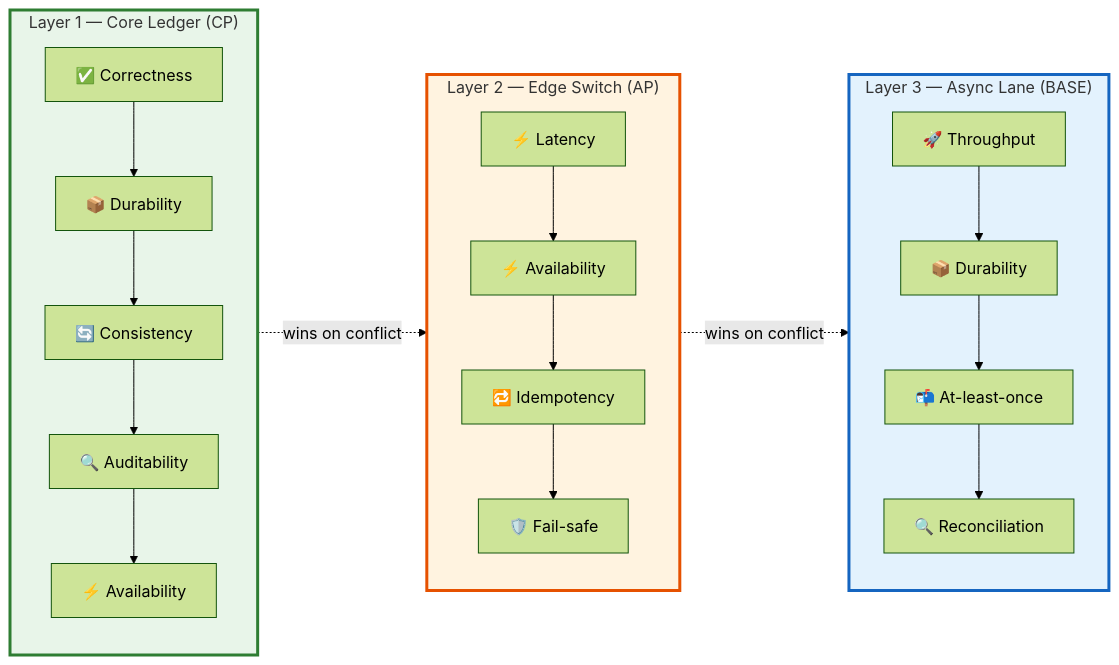
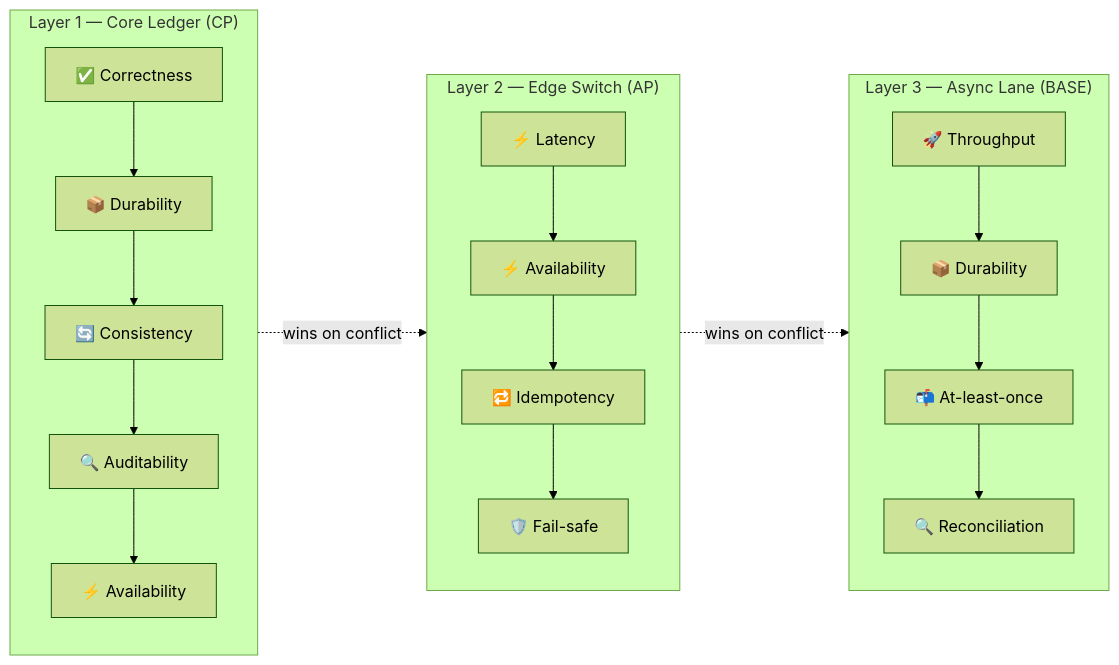
Before and after one commit to sailikhithk/gpn-mini-ledger: the second of 7 diagrams in README.md, drawn with Mermaid (forest theme). The commit also changed other lines of this file, not shown here.

First line of the commit message:
docs: fix Mermaid diagrams for GitHub dark mode rendering (#14)

````diff
--- a/README.md
+++ b/README.md
@@ -118,37 +113,33 @@
 ```mermaid
 graph LR
     subgraph L1["Layer 1 — Core Ledger (CP)"]
         direction TB
         L1P1["✅ Correctness"]
         L1P2["📦 Durability"]
         L1P3["🔄 Consistency"]
         L1P4["🔍 Auditability"]
         L1P5["⚡ Availability"]
         L1P1 --> L1P2 --> L1P3 --> L1P4 --> L1P5
     end
 
     subgraph L2["Layer 2 — Edge Switch (AP)"]
         direction TB
         L2P1["⚡ Latency"]
         L2P2["⚡ Availability"]
         L2P3["🔁 Idempotency"]
         L2P4["🛡️ Fail-safe"]
         L2P1 --> L2P2 --> L2P3 --> L2P4
     end
 
     subgraph L3["Layer 3 — Async Lane (BASE)"]
         direction TB
         L3P1["🚀 Throughput"]
         L3P2["📦 Durability"]
         L3P3["📬 At-least-once"]
         L3P4["🔍 Reconciliation"]
         L3P1 --> L3P2 --> L3P3 --> L3P4
     end
 
     L1 -.->|"wins on conflict"| L2
     L2 -.->|"wins on conflict"| L3
-
-    style L1 fill:#e8f5e9,stroke:#2e7d32,stroke-width:3px
-    style L2 fill:#fff3e0,stroke:#e65100,stroke-width:3px
-    style L3 fill:#e3f2fd,stroke:#1565c0,stroke-width:3px
 ```
````
